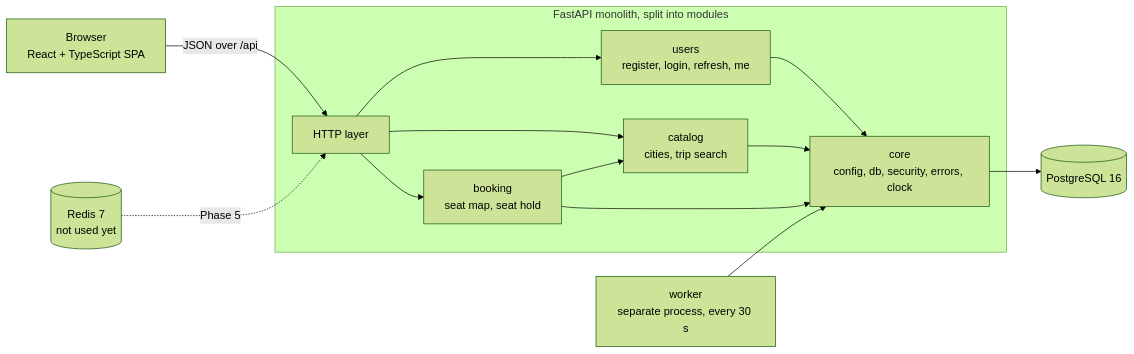
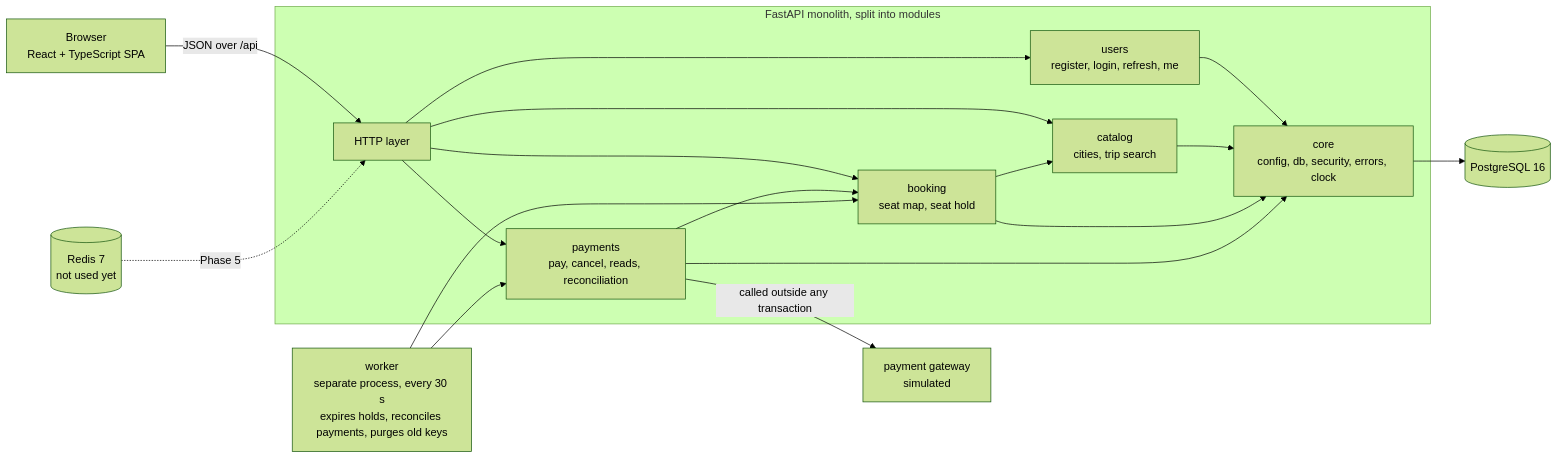
One commit to Prabovn7/bus-ticket-api changed the diagram in README.md. Above: the diagram before and after it, drawn with Mermaid (forest theme). The commit also changed other lines of this file and 1 other file, not shown here.

````diff
--- a/README.md
+++ b/README.md
@@ -38,18 +44,23 @@
 ```mermaid
 flowchart LR
     B["Browser<br/>React + TypeScript SPA"] -->|"JSON over /api"| A
 
     subgraph M["FastAPI monolith, split into modules"]
         A["HTTP layer"] --> U["users<br/>register, login, refresh, me"]
         A --> C["catalog<br/>cities, trip search"]
         A --> BK["booking<br/>seat map, seat hold"]
+        A --> PY["payments<br/>pay, cancel, reads, reconciliation"]
         BK --> C
+        PY --> BK
         U --> K["core<br/>config, db, security, errors, clock"]
         C --> K
         BK --> K
+        PY --> K
     end
 
-    X["worker<br/>separate process, every 30 s"] --> K
+    PY -->|"called outside any transaction"| G["payment gateway<br/>simulated"]
+    X["worker<br/>separate process, every 30 s<br/>expires holds, reconciles payments, purges old keys"] --> BK
+    X --> PY
     K --> P[("PostgreSQL 16")]
     R[("Redis 7<br/>not used yet")] -.->|"Phase 5"| A
 ```
````
